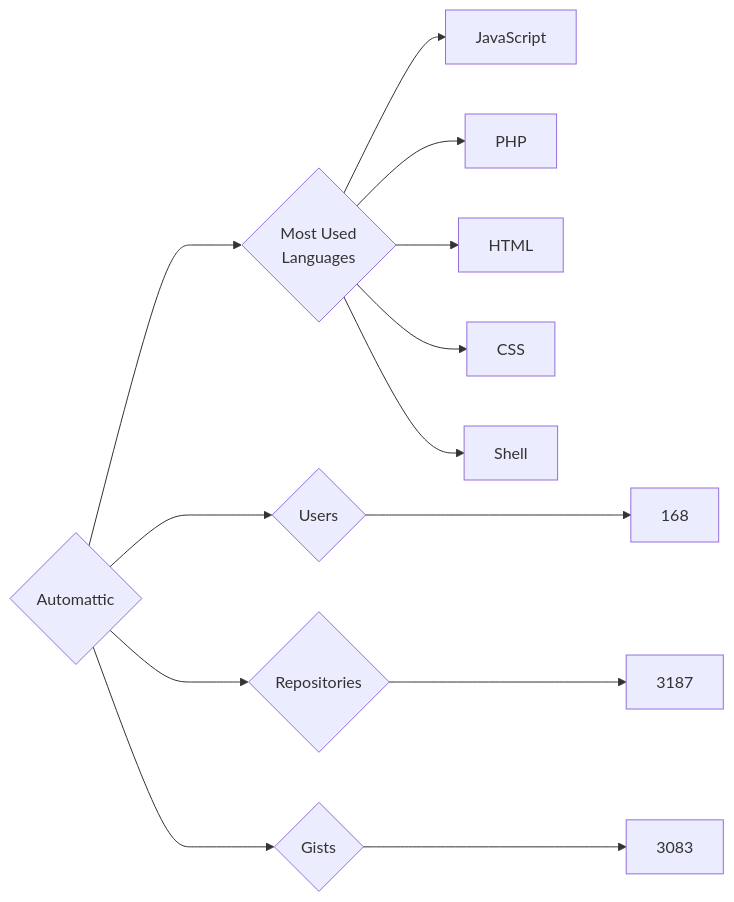
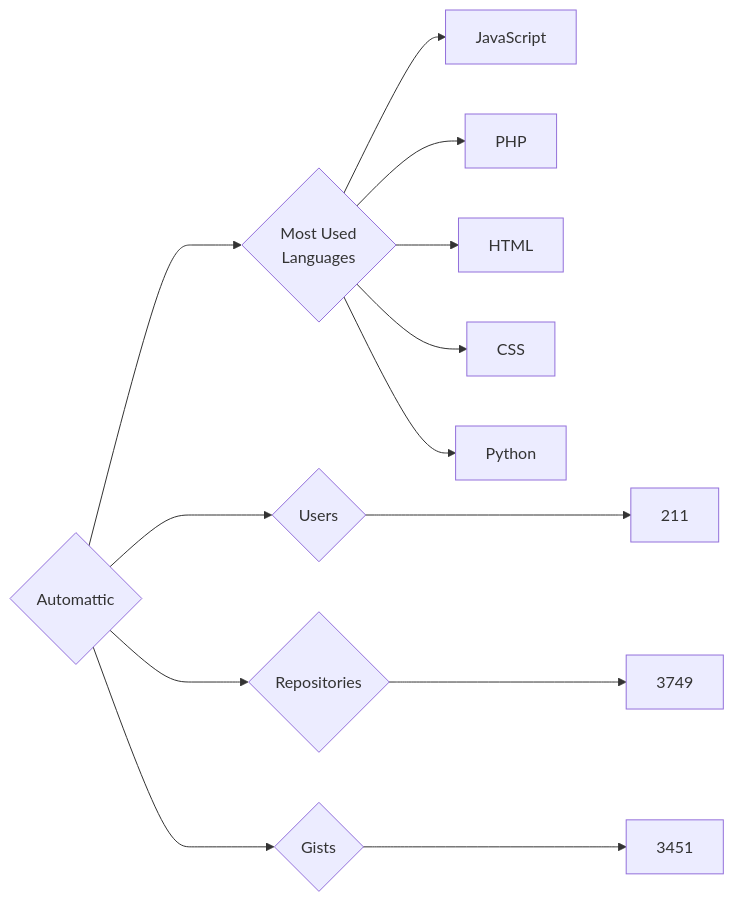
One commit to trickest/insiders changed the diagram in targets/Automattic/README.md. Above: the diagram before and after it, drawn with Mermaid. The commit also changed 721 other files, not shown here.

````diff
--- a/targets/Automattic/README.md
+++ b/targets/Automattic/README.md
@@ -3,13 +3,13 @@
 ```mermaid
 graph LR
 COMPANY_NAME{Automattic}
-COMPANY_NAME ---> U{Users} ---> UN[168]
-COMPANY_NAME ---> R{Repositories} ---> RN[3187]
-COMPANY_NAME ---> G{Gists} ---> GN[3083]
+COMPANY_NAME ---> U{Users} ---> UN[211]
+COMPANY_NAME ---> R{Repositories} ---> RN[3749]
+COMPANY_NAME ---> G{Gists} ---> GN[3451]
 COMPANY_NAME ---> ML{Most Used<br>Languages}
 ML --> JavaScript[JavaScript]
 ML --> PHP[PHP]
 ML --> HTML[HTML]
 ML --> CSS[CSS]
-ML --> Shell[Shell]
+ML --> Python[Python]
 ```
````
